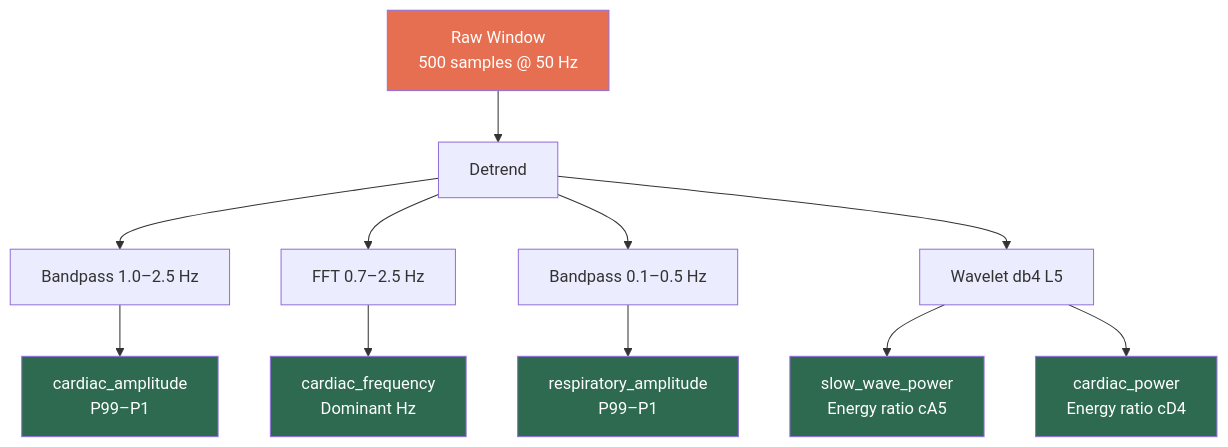
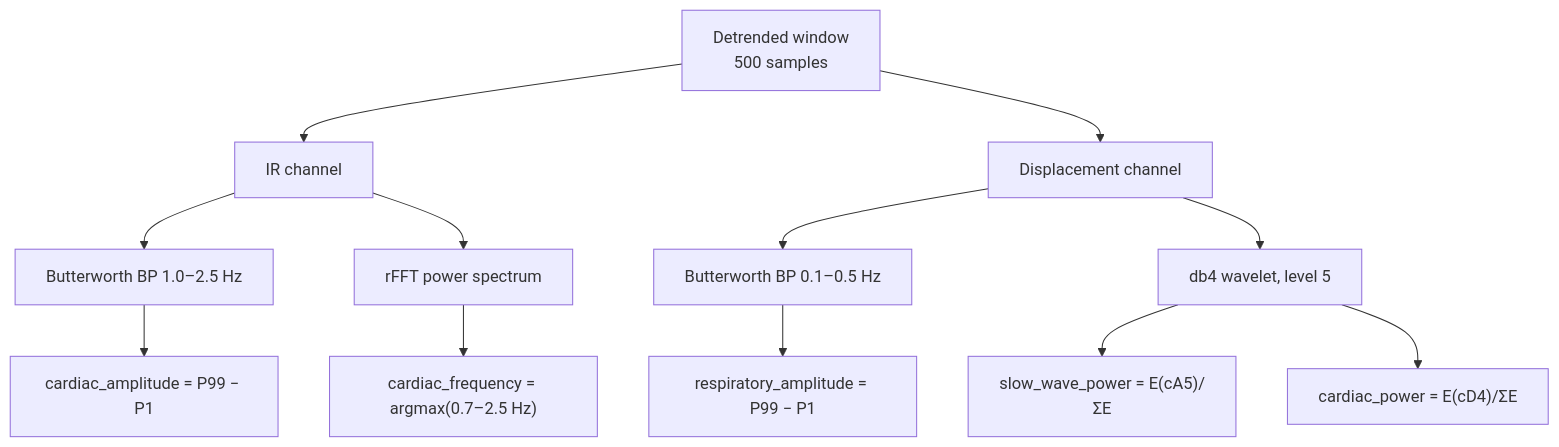
One commit to eshaansingla/Pran changed the fifth of 9 diagrams in README.md. Above: the diagram before and after it, drawn with Mermaid. The commit also changed other lines of this file and 9 other files, not shown here.

````diff
--- a/README.md
+++ b/README.md
@@ -114,16 +325,11 @@
 ```mermaid
-graph TD
-    Raw["Raw Window\n500 samples @ 50 Hz"] --> Dt["Detrend"]
-    Dt --> BPC["Bandpass 1.0–2.5 Hz"] --> F1["cardiac_amplitude\nP99–P1"]
-    Dt --> FFT["FFT 0.7–2.5 Hz"]     --> F2["cardiac_frequency\nDominant Hz"]
-    Dt --> BPR["Bandpass 0.1–0.5 Hz"] --> F3["respiratory_amplitude\nP99–P1"]
-    Dt --> WV["Wavelet db4 L5"]        --> F4["slow_wave_power\nEnergy ratio cA5"]
-    WV                                 --> F5["cardiac_power\nEnergy ratio cD4"]
-
-    style Raw fill:#e76f51,color:#fff
-    style F1 fill:#2d6a4f,color:#fff
-    style F2 fill:#2d6a4f,color:#fff
-    style F3 fill:#2d6a4f,color:#fff
-    style F4 fill:#2d6a4f,color:#fff
-    style F5 fill:#2d6a4f,color:#fff
+flowchart TD
+    W["Detrended window<br/>500 samples"] --> C["IR channel"]
+    W --> D["Displacement channel"]
+    C --> BP1["Butterworth BP 1.0–2.5 Hz"] --> f1["cardiac_amplitude = P99 − P1"]
+    C --> FFT["rFFT power spectrum"] --> f2["cardiac_frequency = argmax(0.7–2.5 Hz)"]
+    D --> BP2["Butterworth BP 0.1–0.5 Hz"] --> f3["respiratory_amplitude = P99 − P1"]
+    D --> WV["db4 wavelet, level 5"]
+    WV --> f4["slow_wave_power = E(cA5)/ΣE"]
+    WV --> f5["cardiac_power = E(cD4)/ΣE"]
 ```
````
